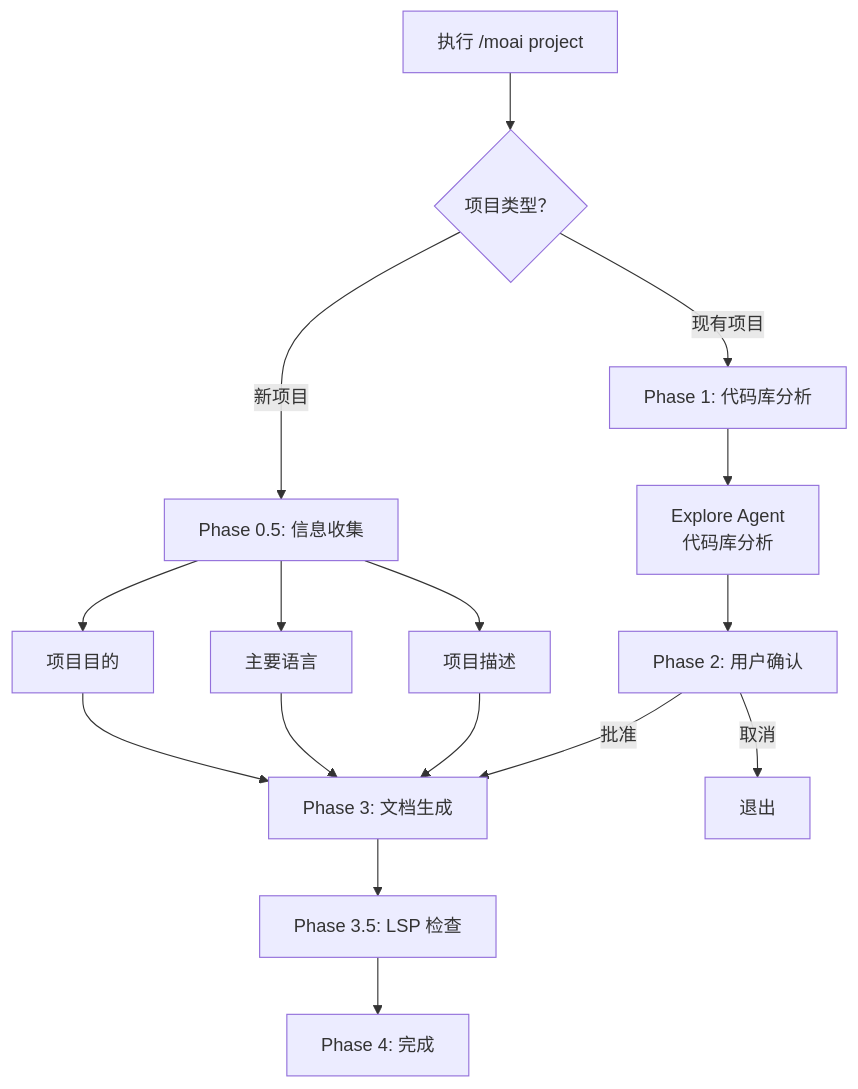
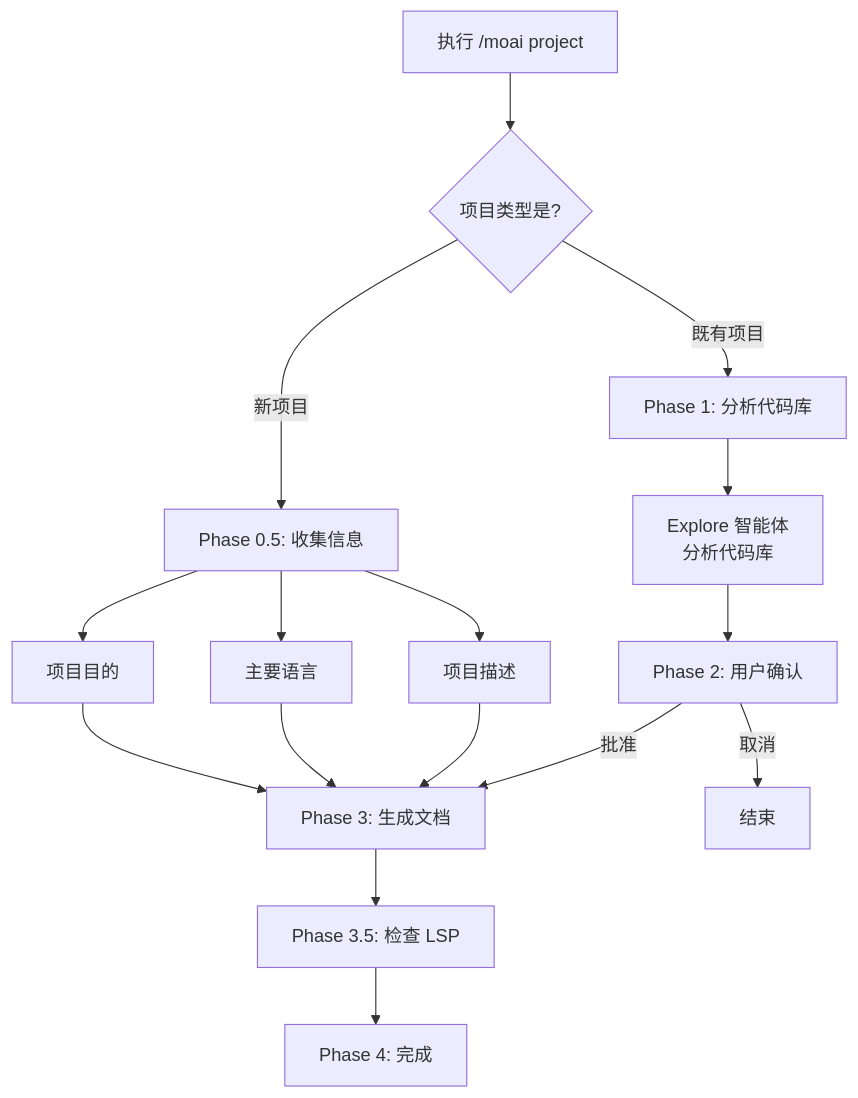
Before and after one commit to modu-ai/moai-adk: the first of 2 diagrams in docs-site/content/zh/workflow-commands/moai-project.md, drawn with Mermaid. The commit also changed other lines of this file and 395 other files, not shown here.

````diff
--- a/docs-site/content/zh/workflow-commands/moai-project.md
+++ b/docs-site/content/zh/workflow-commands/moai-project.md
@@ -92,24 +97,24 @@
 ```mermaid
 flowchart TD
-    Start["执行 /moai project"] --> Q1{项目类型？}
+    Start["执行 /moai project"] --> Q1{项目类型是?}
 
-    Q1 -->|新项目| New["Phase 0.5: 信息收集"]
-    Q1 -->|现有项目| Exist["Phase 1: 代码库分析"]
+    Q1 -->|新项目| New["Phase 0.5: 收集信息"]
+    Q1 -->|既有项目| Exist["Phase 1: 分析代码库"]
 
     New --> NewQ["项目目的"]
     New --> NewL["主要语言"]
     New --> NewD["项目描述"]
 
-    NewQ --> Gen["Phase 3: 文档生成"]
+    NewQ --> Gen["Phase 3: 生成文档"]
     NewL --> Gen
     NewD --> Gen
 
-    Exist --> Exp["Explore Agent<br/>代码库分析"]
+    Exist --> Exp["Explore 智能体<br/>分析代码库"]
     Exp --> Conf["Phase 2: 用户确认"]
 
     Conf -->|批准| Gen
-    Conf -->|取消| End["退出"]
+    Conf -->|取消| End["结束"]
 
-    Gen --> LSP["Phase 3.5: LSP 检查"]
+    Gen --> LSP["Phase 3.5: 检查 LSP"]
     LSP --> Complete["Phase 4: 完成"]
 ```
````
